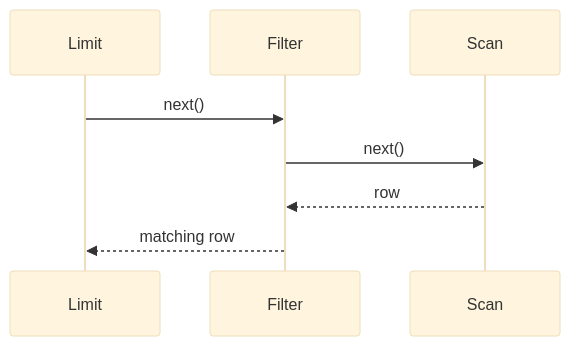
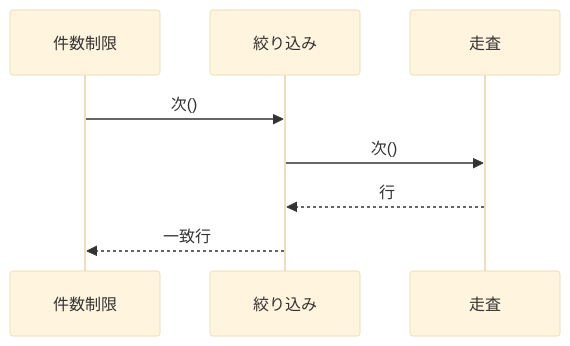
One commit to hirunebot/database-systems-book changed the third of 7 diagrams in src/content/docs/03-query-processing/07-physical-execution.md. Above: the diagram before and after it, drawn with Mermaid (base theme). The commit also changed other lines of this file and 42 other files, not shown here.

````diff
--- a/src/content/docs/03-query-processing/07-physical-execution.md
+++ b/src/content/docs/03-query-processing/07-physical-execution.md
@@ -123,10 +123,10 @@
 ```mermaid
 sequenceDiagram
-    participant Limit
-    participant Filter
-    participant Scan
-    Limit->>Filter: next()
-    Filter->>Scan: next()
-    Scan-->>Filter: row
-    Filter-->>Limit: matching row
+    participant Limit as 件数制限
+    participant Filter as 絞り込み
+    participant Scan as 走査
+    Limit->>Filter: 次()
+    Filter->>Scan: 次()
+    Scan-->>Filter: 行
+    Filter-->>Limit: 一致行
 ```
````
